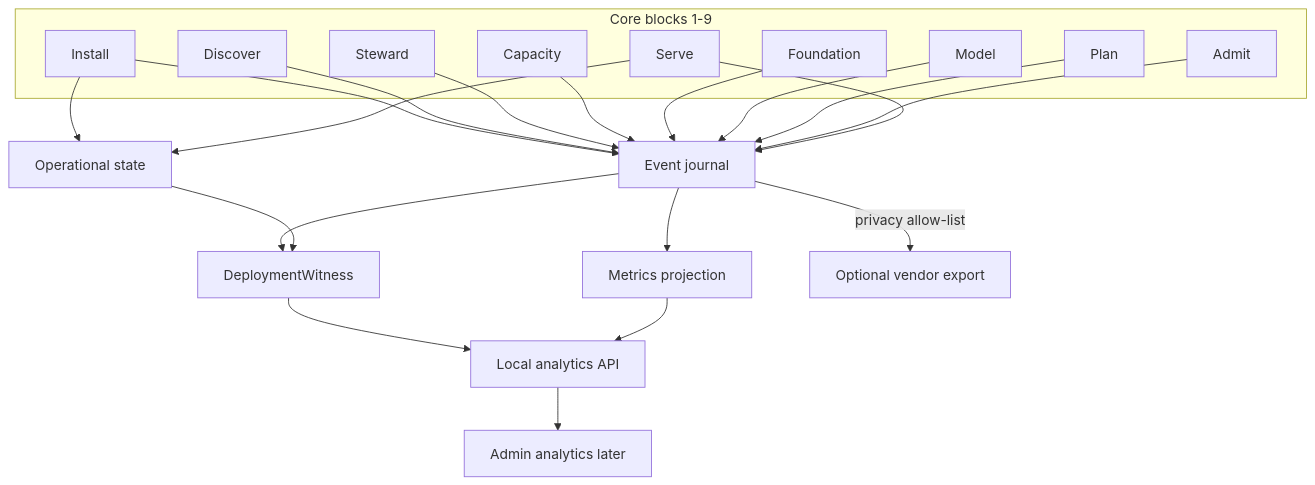
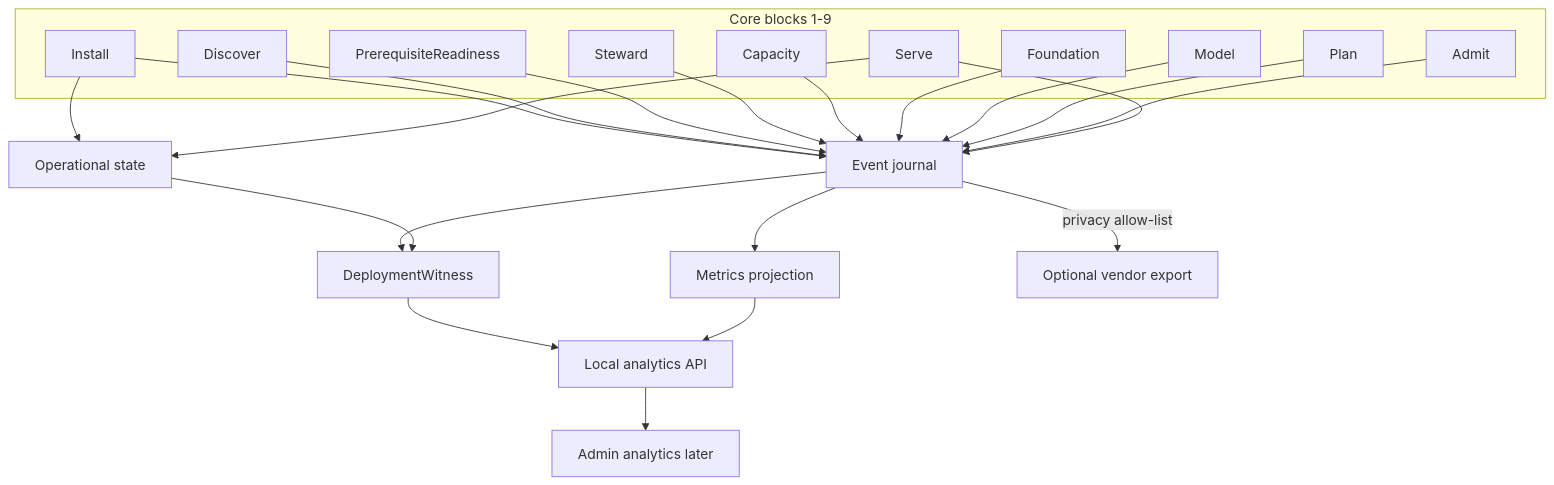
Before and after one commit to dlealvilla/local-ai-stack: the diagram in docs/machi/TELEMETRY.md, drawn with Mermaid. The commit also changed other lines of this file and 28 other files, not shown here.

First line of the commit message:
Implement PrerequisiteReadiness at Tier 2 with the AMD vendor-CLI adapter.

````diff
--- a/docs/machi/TELEMETRY.md
+++ b/docs/machi/TELEMETRY.md
@@ -207,38 +208,40 @@
 ```mermaid
 flowchart TB
   subgraph core [Core blocks 1-9]
     B1[Install]
     B2[Discover]
+    B25[PrerequisiteReadiness]
     B3[Steward]
     B4[Capacity]
     B5[Foundation]
     B6[Model]
     B7[Plan]
     B8[Admit]
     B9[Serve]
   end
   J[Event journal]
   S[Operational state]
   M[Metrics projection]
   W[DeploymentWitness]
   A[Local analytics API]
   V[Optional vendor export]
   B1 --> J
   B2 --> J
+  B25 --> J
   B3 --> J
   B4 --> J
   B5 --> J
   B6 --> J
   B7 --> J
   B8 --> J
   B9 --> J
   B1 --> S
   B9 --> S
   J --> M
   J --> W
   S --> W
   W --> A
   M --> A
   J -->|privacy allow-list| V
   A --> UI[Admin analytics later]
 ```
````
